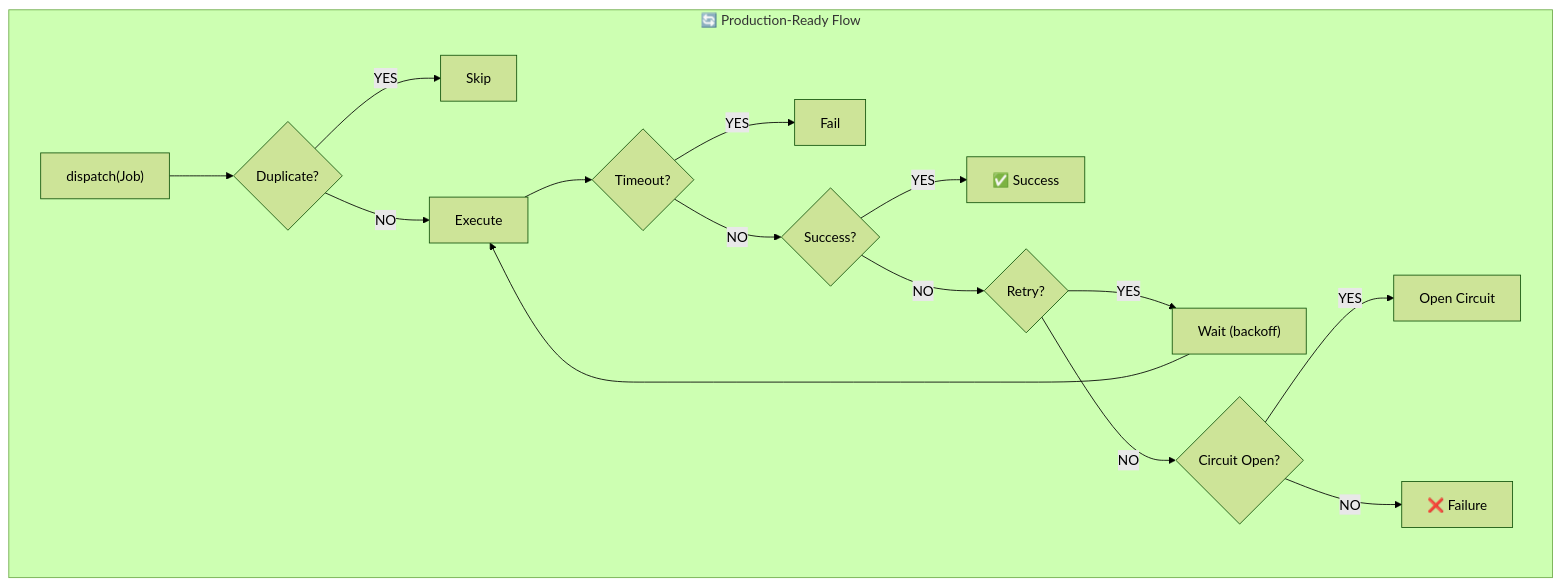
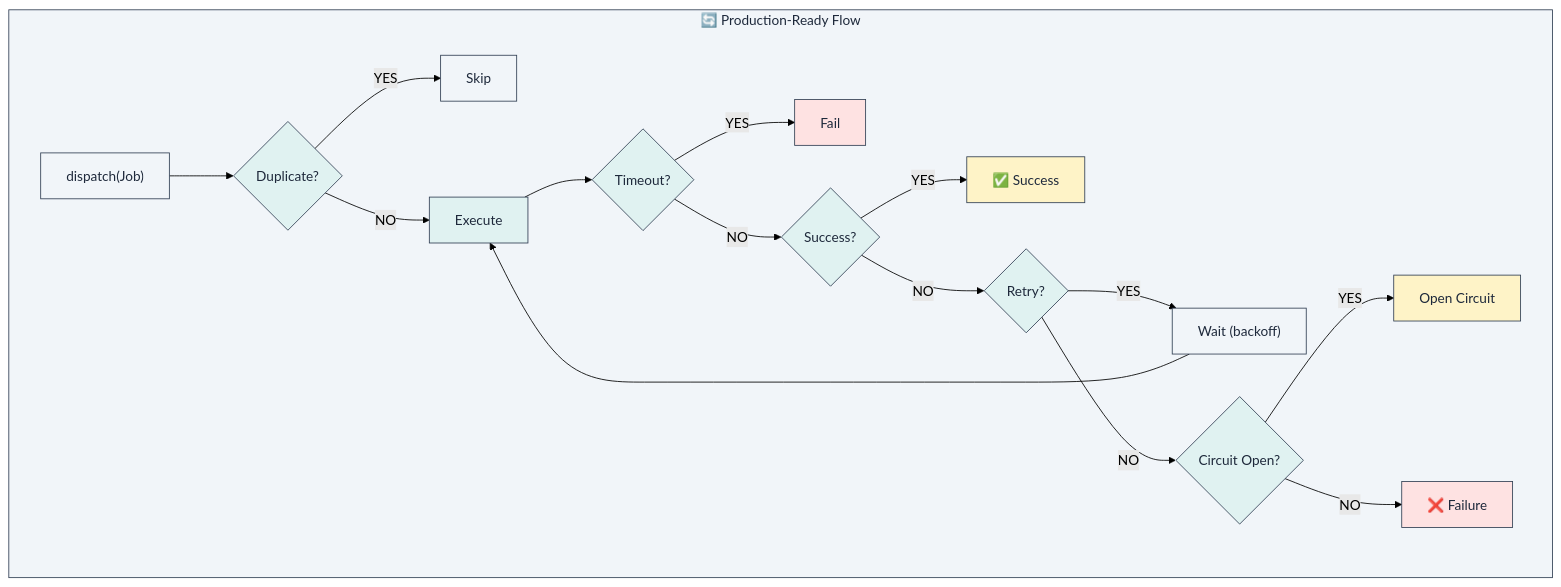
One commit to lploc94/flutter_orchestrator changed diagram 16 of 16 in book/chapters/05_advanced_patterns.md. Above: the diagram before and after it, drawn with Mermaid (forest theme). The commit also changed other lines of this file, not shown here.

````diff
--- a/book/chapters/05_advanced_patterns.md
+++ b/book/chapters/05_advanced_patterns.md
@@ -360,22 +432,37 @@
 ```mermaid
 flowchart TB
     subgraph FullFlow["🔄 Production-Ready Flow"]
         Start["dispatch(Job)"] --> Dedup{"Duplicate?"}
         Dedup -->|"YES"| Skip["Skip"]
         Dedup -->|"NO"| Execute["Execute"]
         
         Execute --> Timeout{"Timeout?"}
         Timeout -->|"YES"| Fail1["Fail"]
         Timeout -->|"NO"| Success1{"Success?"}
         
         Success1 -->|"YES"| EmitSuccess["✅ Success"]
         Success1 -->|"NO"| Retry{"Retry?"}
         
         Retry -->|"YES"| Wait["Wait (backoff)"]
         Wait --> Execute
         Retry -->|"NO"| Circuit{"Circuit Open?"}
         
         Circuit -->|"YES"| OpenCircuit["Open Circuit"]
         Circuit -->|"NO"| Fail2["❌ Failure"]
     end
+    
+    style FullFlow fill:#f1f5f9,stroke:#334155,color:#1e293b
+    style Start fill:#f1f5f9,stroke:#334155,color:#1e293b
+    style Dedup fill:#e0f2f1,stroke:#334155,color:#1e293b
+    style Skip fill:#f1f5f9,stroke:#334155,color:#1e293b
+    style Execute fill:#e0f2f1,stroke:#334155,color:#1e293b
+    style Timeout fill:#e0f2f1,stroke:#334155,color:#1e293b
+    style Success1 fill:#e0f2f1,stroke:#334155,color:#1e293b
+    style EmitSuccess fill:#fef3c7,stroke:#334155,color:#1e293b
+    style Retry fill:#e0f2f1,stroke:#334155,color:#1e293b
+    style Wait fill:#f1f5f9,stroke:#334155,color:#1e293b
+    style Circuit fill:#e0f2f1,stroke:#334155,color:#1e293b
+    style OpenCircuit fill:#fef3c7,stroke:#334155,color:#1e293b
+    style Fail1 fill:#fee2e2,stroke:#334155,color:#1e293b
+    style Fail2 fill:#fee2e2,stroke:#334155,color:#1e293b
 ```
````
